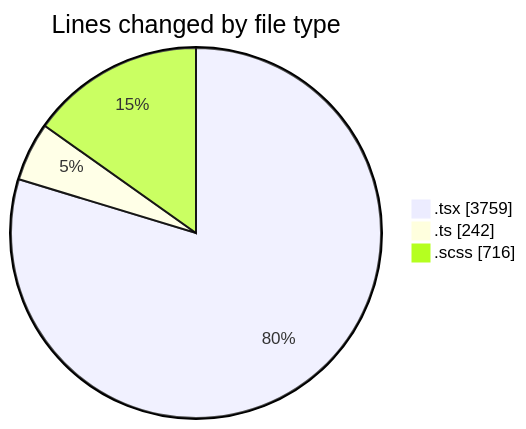
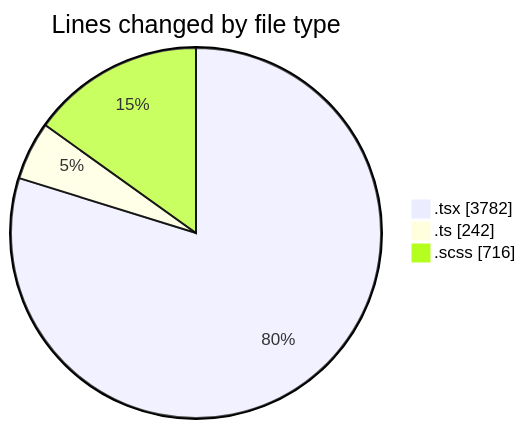
The first of 2 diagrams in 2025-09-15/cda/README.md (momahboobian/code-tracking), drawn with Mermaid before and after one commit. The commit also changed other lines of this file and 1 other file, not shown here.

````diff
--- a/2025-09-15/cda/README.md
+++ b/2025-09-15/cda/README.md
@@ -26,7 +26,7 @@
 ```mermaid
 pie showData
 title Lines changed by file type
-".tsx" : 3759
+".tsx" : 3782
 ".ts" : 242
 ".scss" : 716
 ```
````
